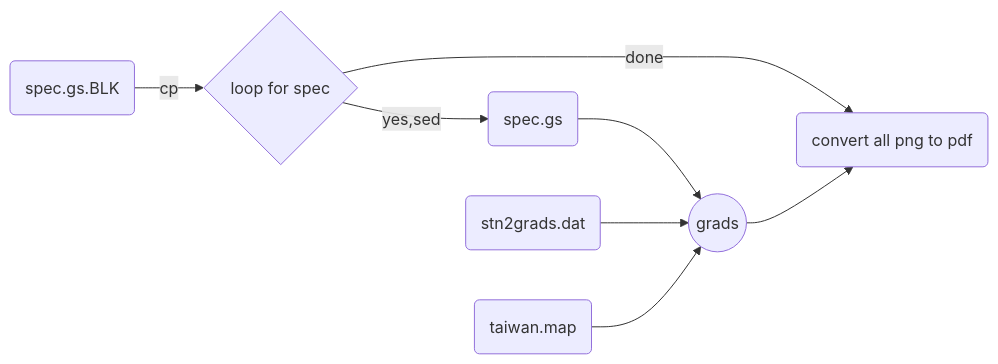
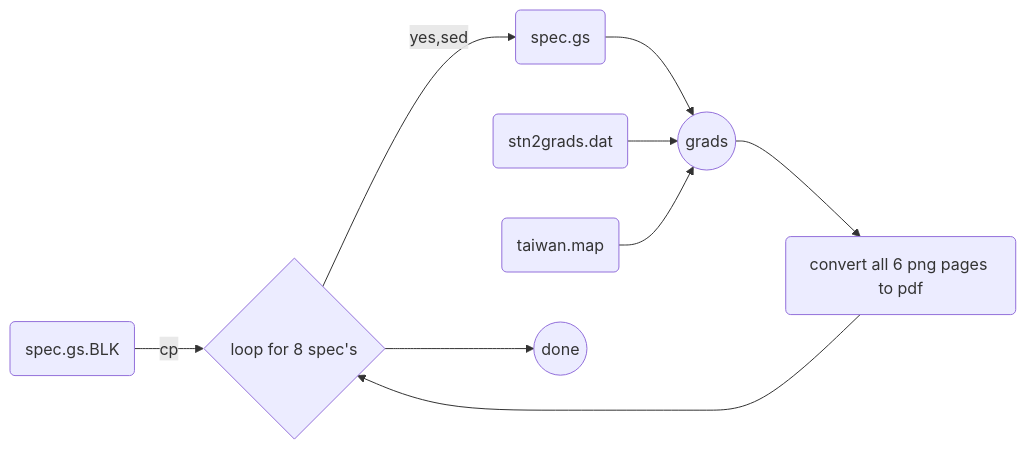
The third of 3 diagrams in _posts/2022-07-21-ovm2grads.md (sinotec2/FAQ), drawn with Mermaid before and after one commit. The commit also changed other lines of this file, not shown here.

````diff
--- a/_posts/2022-07-21-ovm2grads.md
+++ b/_posts/2022-07-21-ovm2grads.md
@@ -51,10 +51,11 @@
 ```mermaid
 graph LR
-    A(spec.gs.BLK) -- cp --> D{loop for spec}
+    A(spec.gs.BLK) -- cp --> D{loop for 8 spec's}
     D -- yes,sed --> B(spec.gs)
     B --> E((grads))
     C(stn2grads.dat) --> E((grads))
     I(taiwan.map) --> E((grads))
-    D -- done --> F(convert all png to pdf)
-    E --> F
+    E --> F(convert all 6 png pages to pdf)
+    F --> D
+    D --> G((done))
 ```
````
